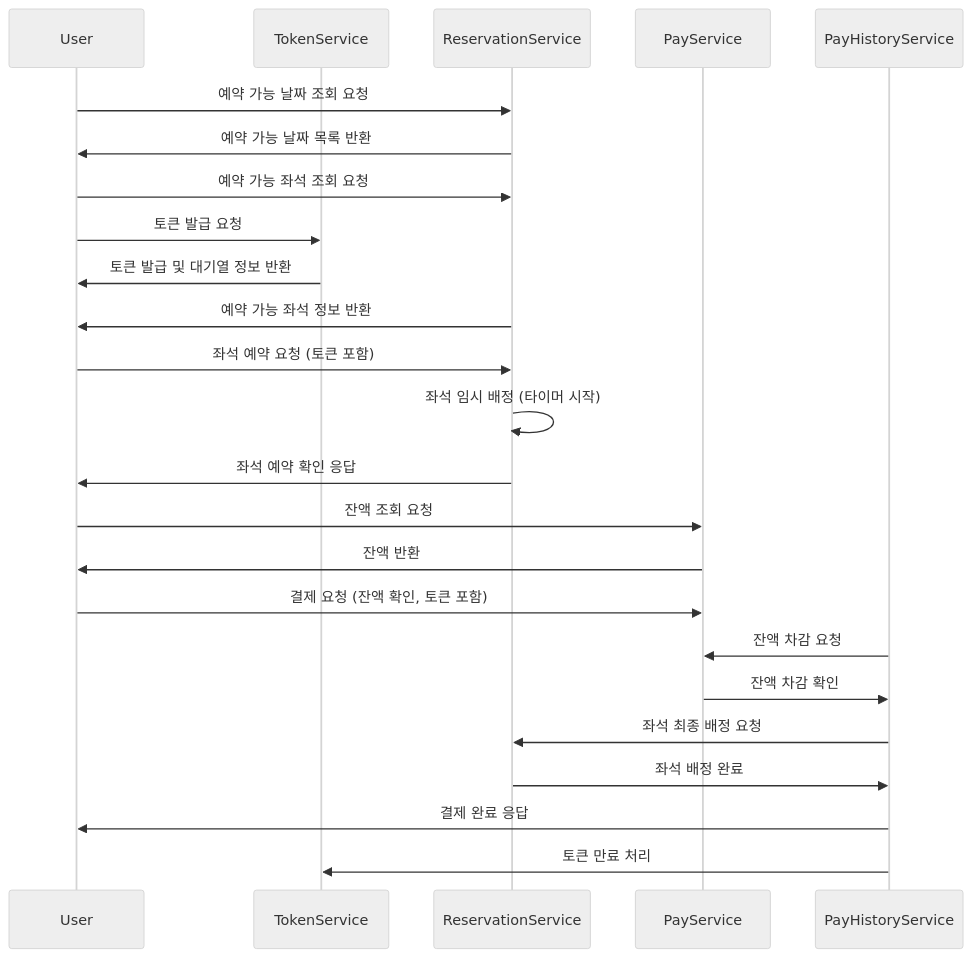
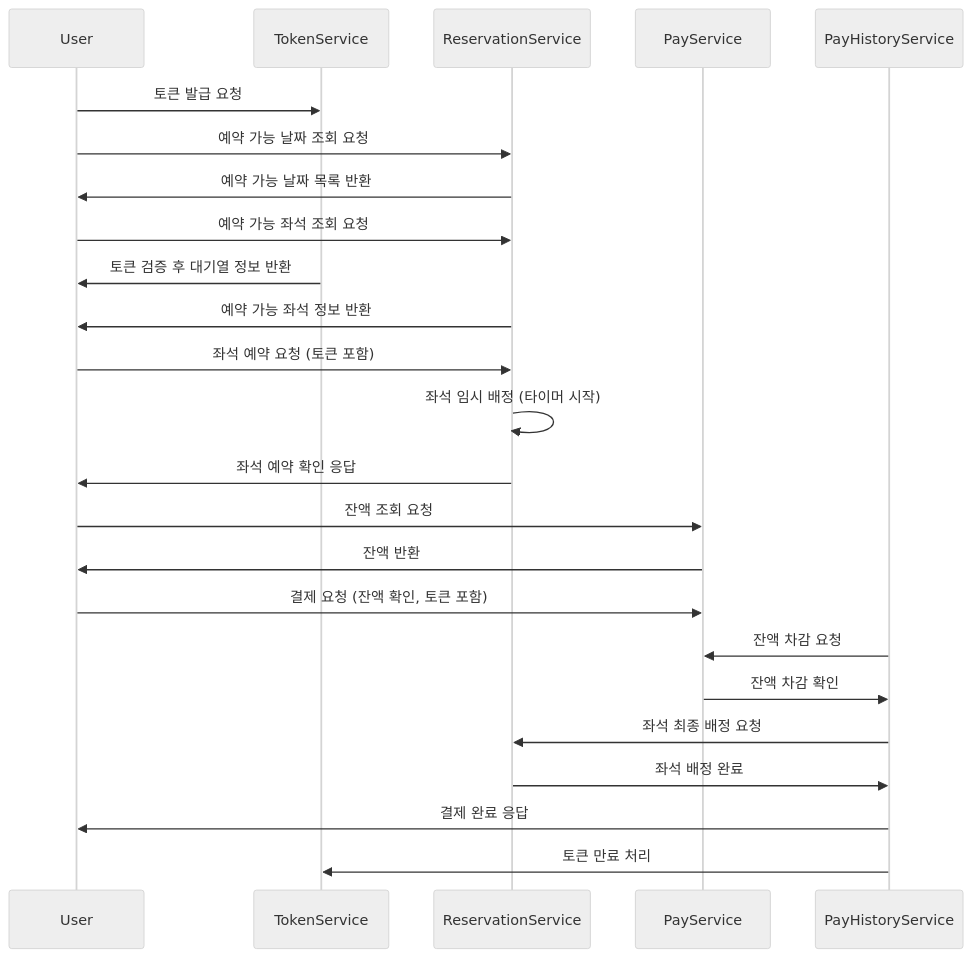
Before and after one commit to fatallinverno/hhplus-concert-reservation: the first of 10 diagrams in README.md, drawn with Mermaid (neutral theme). The commit also changed other lines of this file, not shown here.

Commit message:
플로우 차트 및 전체 시퀀스 다이어그램 수정

````diff
--- a/README.md
+++ b/README.md
@@ -5,32 +5,32 @@
 ```mermaid
 sequenceDiagram
     participant User
     participant TokenService
     participant ReservationService
     participant PayService
     participant PayHistoryService
 
+    User ->> TokenService: 토큰 발급 요청
     User ->> ReservationService: 예약 가능 날짜 조회 요청
     ReservationService ->> User: 예약 가능 날짜 목록 반환
     
     User ->> ReservationService: 예약 가능 좌석 조회 요청
-    User ->> TokenService: 토큰 발급 요청
-    TokenService ->> User: 토큰 발급 및 대기열 정보 반환
+    TokenService ->> User: 토큰 검증 후 대기열 정보 반환
     ReservationService ->> User: 예약 가능 좌석 정보 반환
 
     User ->> ReservationService: 좌석 예약 요청 (토큰 포함)
     
     ReservationService ->> ReservationService: 좌석 임시 배정 (타이머 시작)
     ReservationService ->> User: 좌석 예약 확인 응답
 
     User ->> PayService: 잔액 조회 요청
     PayService ->> User: 잔액 반환
 
     User ->> PayService: 결제 요청 (잔액 확인, 토큰 포함)
     PayHistoryService ->> PayService: 잔액 차감 요청
     PayService ->> PayHistoryService: 잔액 차감 확인
     PayHistoryService ->> ReservationService: 좌석 최종 배정 요청
     ReservationService ->> PayHistoryService: 좌석 배정 완료
     PayHistoryService ->> User: 결제 완료 응답
     PayHistoryService ->> TokenService: 토큰 만료 처리
 ```
````
